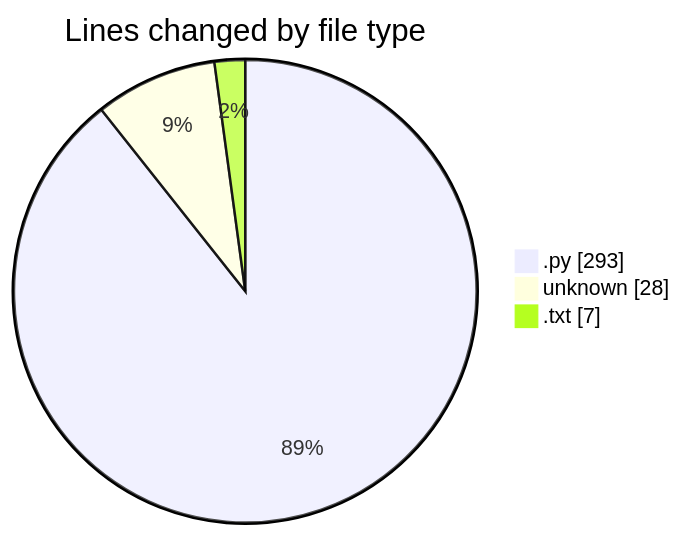
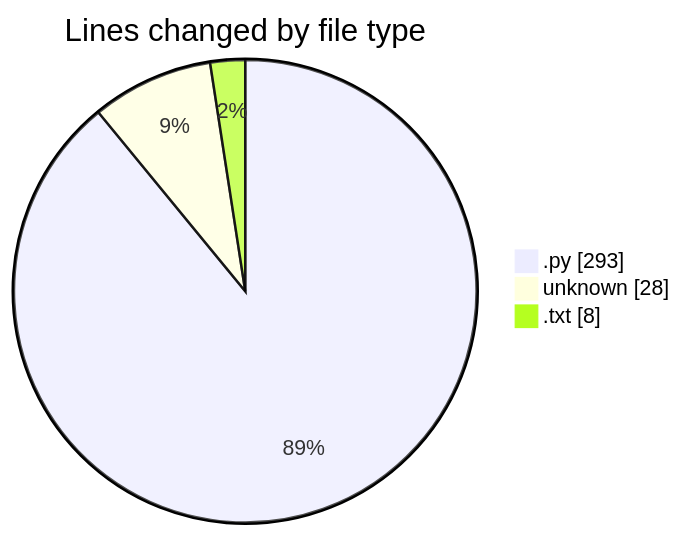
One commit to momahboobian/code-tracking changed the first of 2 diagrams in 2026-09-18/video-downloader/README.md. Above: the diagram before and after it, drawn with Mermaid. The commit also changed other lines of this file and 1 other file, not shown here.

````diff
--- a/2026-09-18/video-downloader/README.md
+++ b/2026-09-18/video-downloader/README.md
@@ -23,7 +23,7 @@
 ```mermaid
 pie showData
 title Lines changed by file type
 ".py" : 293
 "unknown" : 28
-".txt" : 7
+".txt" : 8
 ```
````
